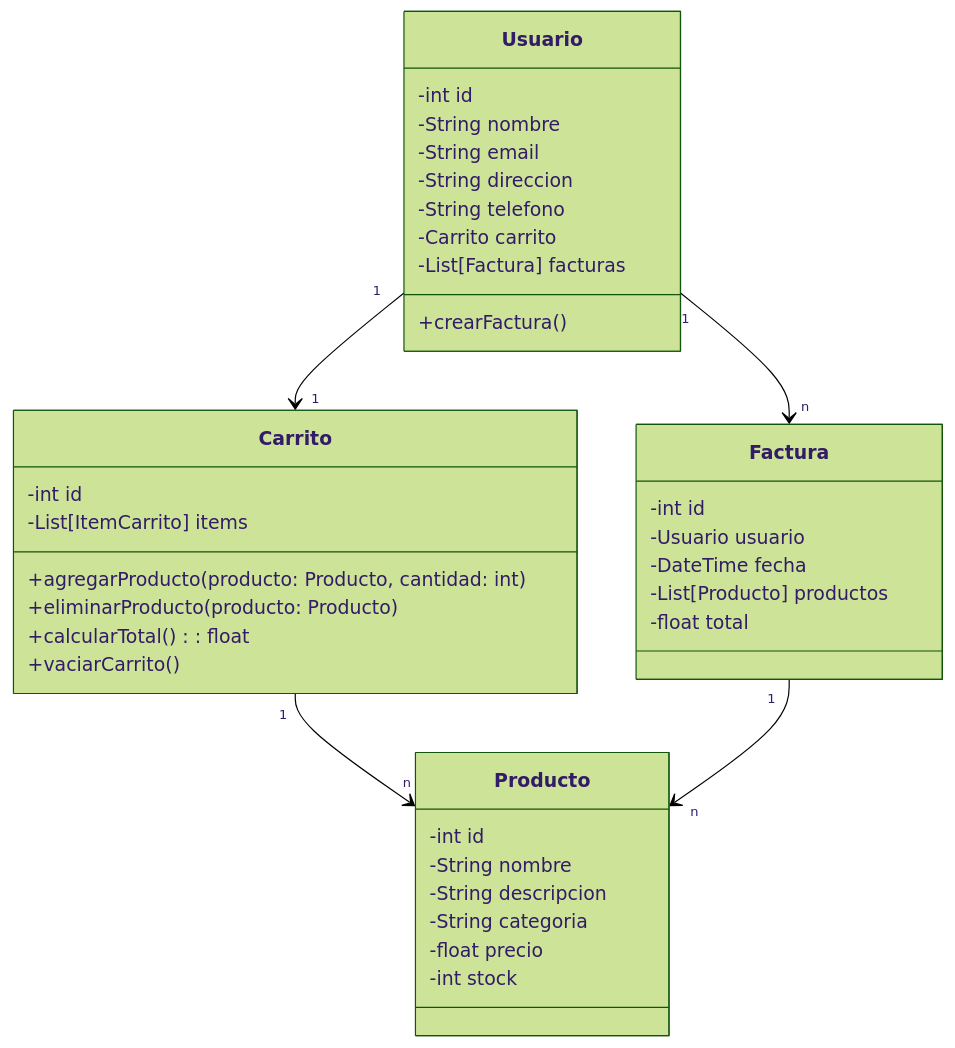
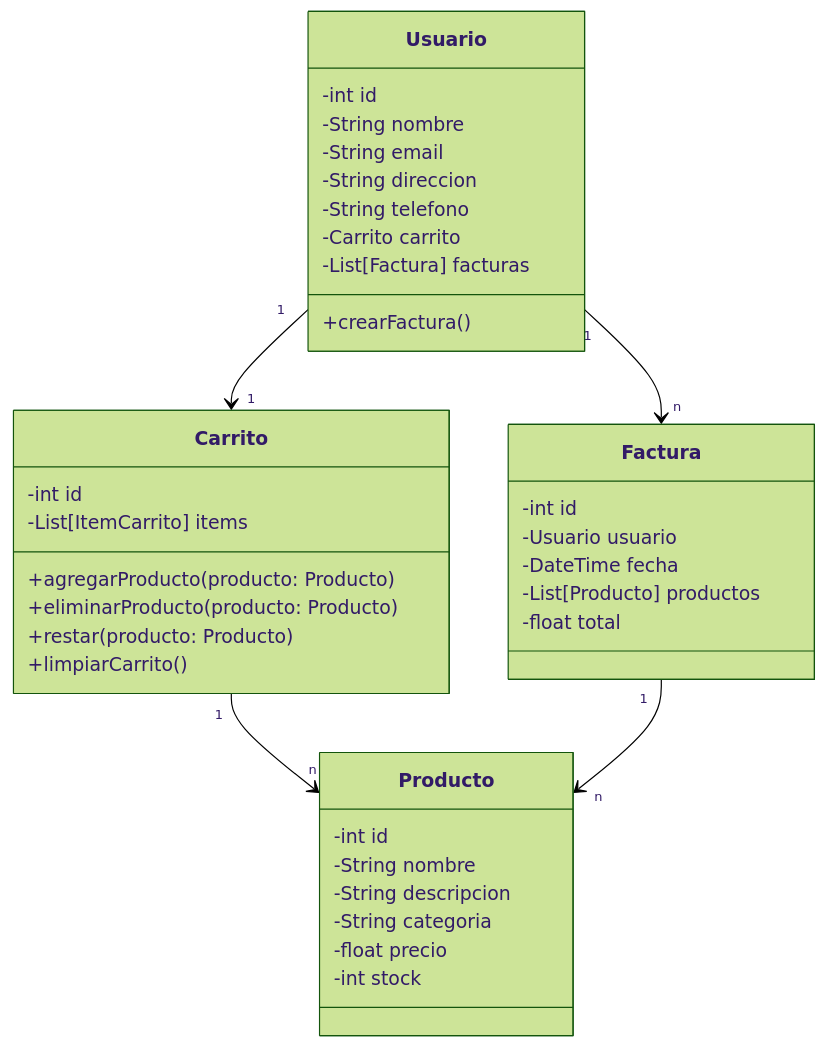
One commit to IvanPopiel/CarritoDeCompras changed the first of 2 diagrams in README.md. Above: the diagram before and after it, drawn with Mermaid (forest theme).

Commit message:
carrito actualizao

````diff
--- a/README.md
+++ b/README.md
@@ -7,44 +7,44 @@
 ```mermaid
 classDiagram
     class Usuario {
         -int id
         -String nombre
         -String email
         -String direccion
         -String telefono
         -Carrito carrito
         -List[Factura] facturas
         +crearFactura()
     }
 
     class Carrito {
         -int id
         -List[ItemCarrito] items
-        +agregarProducto(producto: Producto, cantidad: int)
+        +agregarProducto(producto: Producto)
         +eliminarProducto(producto: Producto)
-        +calcularTotal() : float
-        +vaciarCarrito()
+        +restar(producto: Producto) 
+        +limpiarCarrito()
     }
 
     class Producto {
         -int id
         -String nombre
         -String descripcion
         -String categoria
         -float precio
         -int stock
     }
 
     class Factura {
         -int id
         -Usuario usuario
         -DateTime fecha
         -List[Producto] productos
         -float total
     }
 
     Usuario "1" --> "1" Carrito 
     Usuario "1" --> "n" Factura 
     Carrito "1" --> "n" Producto 
     Factura "1" --> "n" Producto 
 ```
````
